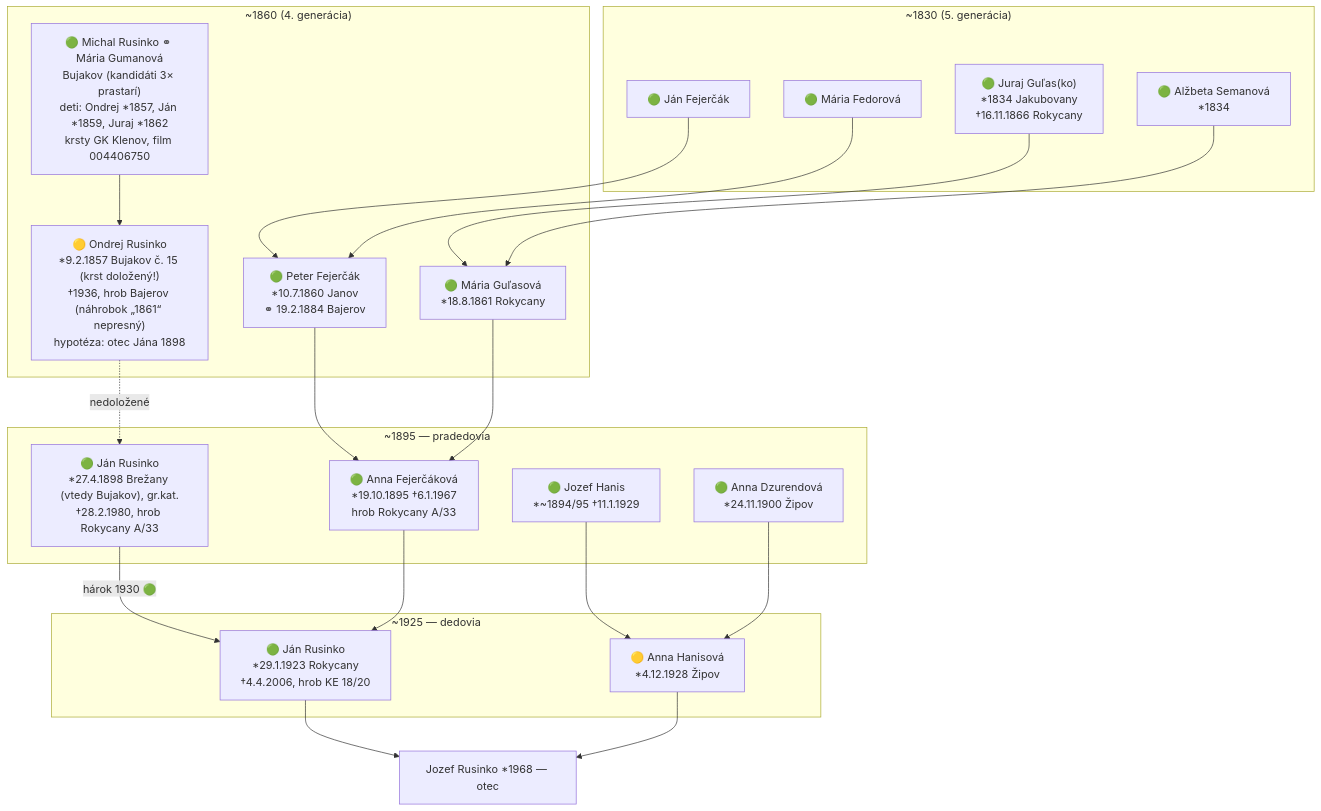
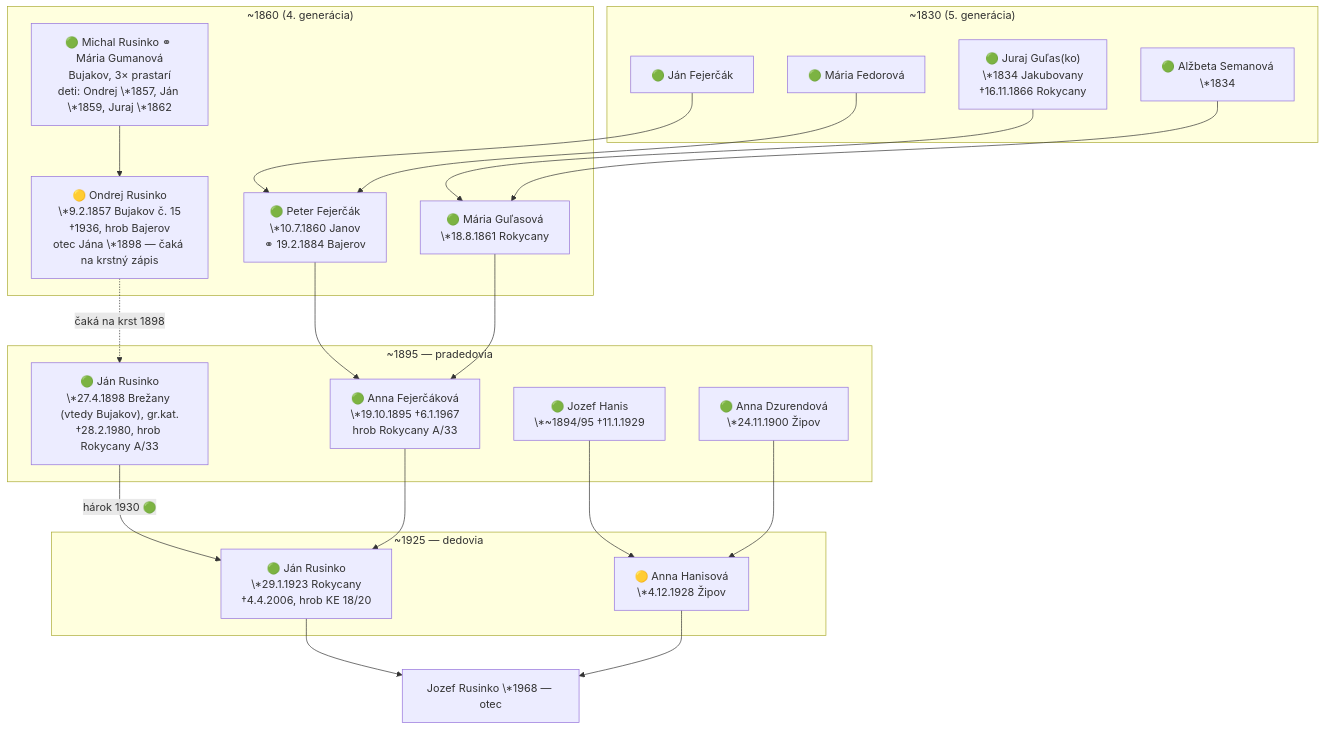
One commit to vrusi/genealogia changed the first of 6 diagrams in docs/rodokmen.md. Above: the diagram before and after it, drawn with Mermaid. The commit also changed other lines of this file and 17 other files, not shown here.

````diff
--- a/docs/rodokmen.md
+++ b/docs/rodokmen.md
@@ -52,41 +52,41 @@
 ```mermaid
 graph TD
   subgraph gen5["~1830 (5. generácia)"]
-    JG["🟢 Juraj Guľas(ko)<br>*1834 Jakubovany<br>†16.11.1866 Rokycany"]
-    AS["🟢 Alžbeta Semanová<br>*1834"]
+    JG["🟢 Juraj Guľas(ko)<br>\*1834 Jakubovany<br>†16.11.1866 Rokycany"]
+    AS["🟢 Alžbeta Semanová<br>\*1834"]
     JF["🟢 Ján Fejerčák"]
     MF["🟢 Mária Fedorová"]
   end
   subgraph gen4["~1860 (4. generácia)"]
-    PF["🟢 Peter Fejerčák<br>*10.7.1860 Janov<br>⚭ 19.2.1884 Bajerov"]
-    MG["🟢 Mária Guľasová<br>*18.8.1861 Rokycany"]
-    MRG["🟢 Michal Rusinko ⚭ Mária Gumanová<br>Bujakov (kandidáti 3× prastarí)<br>deti: Ondrej *1857, Ján *1859, Juraj *1862<br>krsty GK Klenov, film 004406750"]
-    OR["🟡 Ondrej Rusinko<br>*9.2.1857 Bujakov č. 15 (krst doložený!)<br>†1936, hrob Bajerov (náhrobok „1861“ nepresný)<br>hypotéza: otec Jána 1898"]
+    PF["🟢 Peter Fejerčák<br>\*10.7.1860 Janov<br>⚭ 19.2.1884 Bajerov"]
+    MG["🟢 Mária Guľasová<br>\*18.8.1861 Rokycany"]
+    MRG["🟢 Michal Rusinko ⚭ Mária Gumanová<br>Bujakov, 3× prastarí<br>deti: Ondrej \*1857, Ján \*1859, Juraj \*1862"]
+    OR["🟡 Ondrej Rusinko<br>\*9.2.1857 Bujakov č. 15<br>†1936, hrob Bajerov<br>otec Jána \*1898 — čaká na krstný zápis"]
     MRG --> OR
   end
   subgraph gen3["~1895 — pradedovia"]
-    JR98["🟢 Ján Rusinko<br>*27.4.1898 Brežany (vtedy Bujakov), gr.kat.<br>†28.2.1980, hrob Rokycany A/33"]
-    AF["🟢 Anna Fejerčáková<br>*19.10.1895 †6.1.1967<br>hrob Rokycany A/33"]
-    HanO["🟢 Jozef Hanis<br>*~1894/95 †11.1.1929"]
-    HanA["🟢 Anna Dzurendová<br>*24.11.1900 Žipov"]
+    JR98["🟢 Ján Rusinko<br>\*27.4.1898 Brežany (vtedy Bujakov), gr.kat.<br>†28.2.1980, hrob Rokycany A/33"]
+    AF["🟢 Anna Fejerčáková<br>\*19.10.1895 †6.1.1967<br>hrob Rokycany A/33"]
+    HanO["🟢 Jozef Hanis<br>\*~1894/95 †11.1.1929"]
+    HanA["🟢 Anna Dzurendová<br>\*24.11.1900 Žipov"]
   end
   subgraph gen2["~1925 — dedovia"]
-    JR23["🟢 Ján Rusinko<br>*29.1.1923 Rokycany<br>†4.4.2006, hrob KE 18/20"]
-    AH["🟡 Anna Hanisová<br>*4.12.1928 Žipov"]
+    JR23["🟢 Ján Rusinko<br>\*29.1.1923 Rokycany<br>†4.4.2006, hrob KE 18/20"]
+    AH["🟡 Anna Hanisová<br>\*4.12.1928 Žipov"]
   end
-  JoR["Jozef Rusinko *1968 — otec"]
+  JoR["Jozef Rusinko \*1968 — otec"]
 
   JF --> PF
   MF --> PF
   JG --> MG
   AS --> MG
-  OR -.->|nedoložené| JR98
+  OR -.->|čaká na krst 1898| JR98
   PF --> AF
   MG --> AF
   JR98 -->|hárok 1930 🟢| JR23
   AF --> JR23
   HanO --> AH
   HanA --> AH
   JR23 --> JoR
   AH --> JoR
 ```
````
